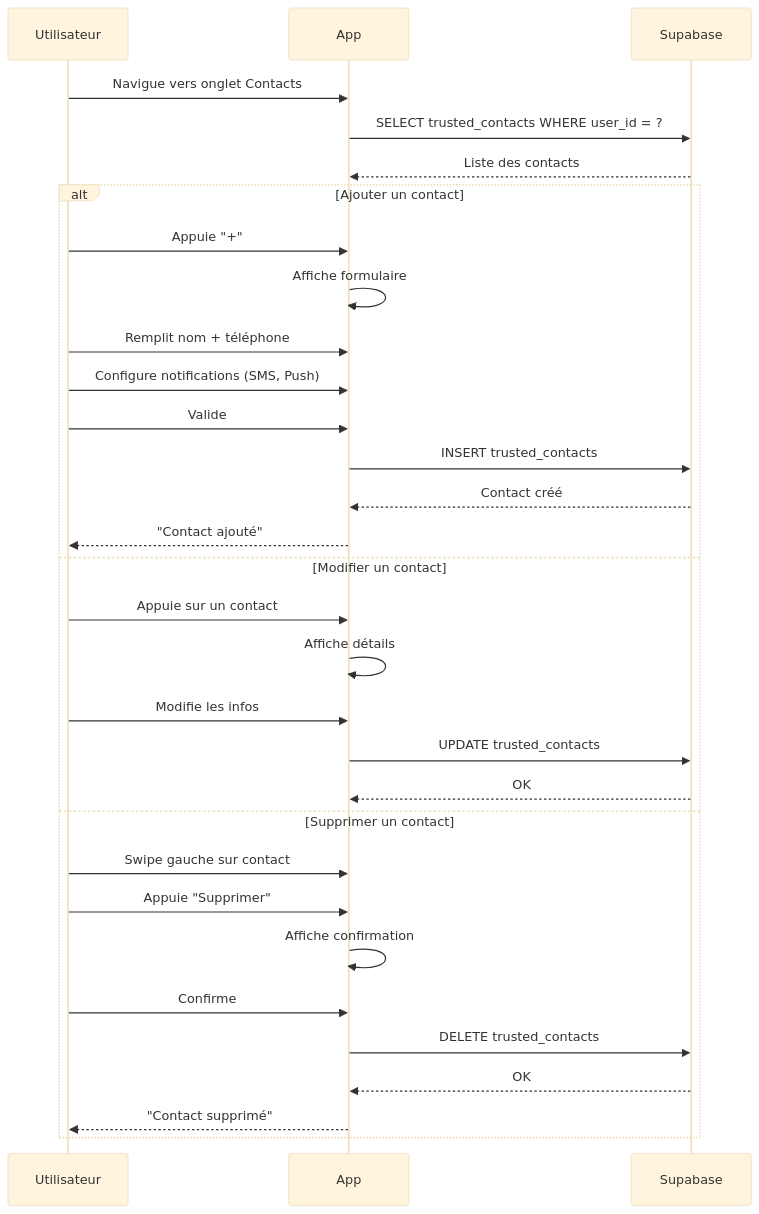
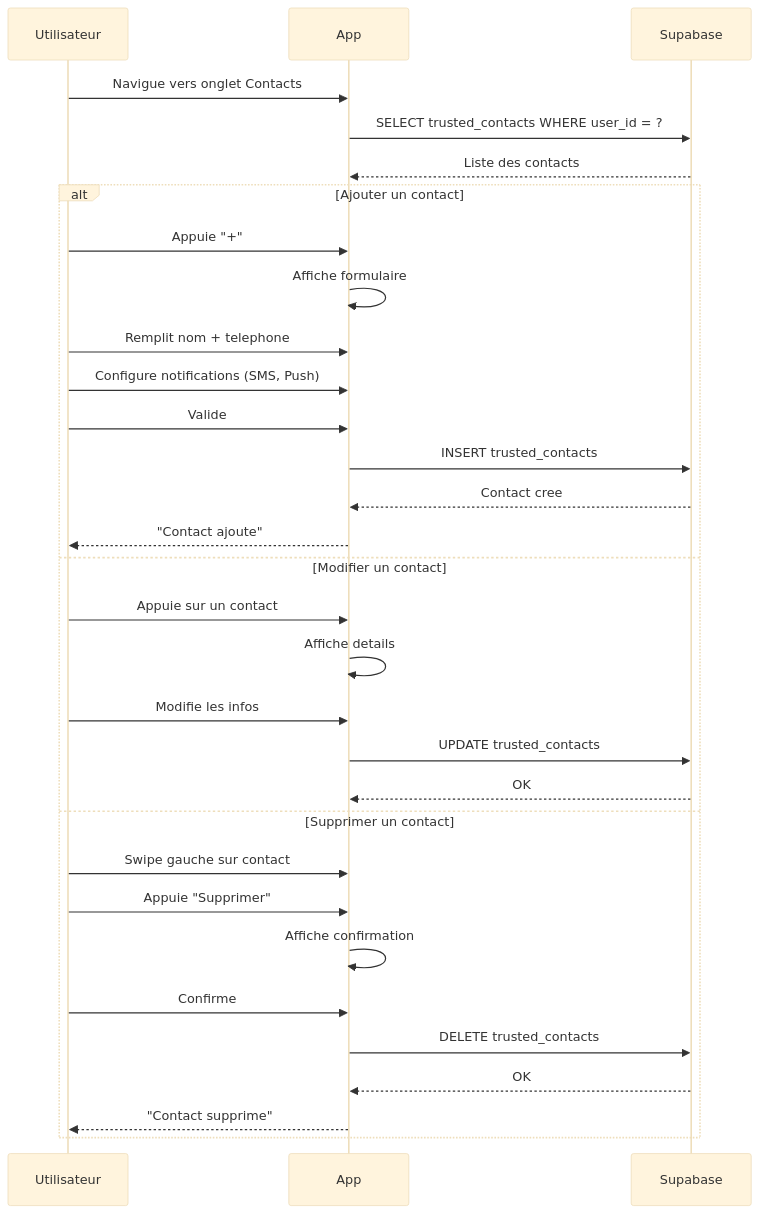
Before and after one commit to monjodav/Prudency: the seventh of 7 diagrams in docs/user-flows.md, drawn with Mermaid (base theme). The commit also changed other lines of this file and 55 other files, not shown here.

````diff
--- a/docs/user-flows.md
+++ b/docs/user-flows.md
@@ -233,35 +243,35 @@
 ```mermaid
 sequenceDiagram
     participant U as Utilisateur
     participant A as App
     participant S as Supabase
 
     U->>A: Navigue vers onglet Contacts
     A->>S: SELECT trusted_contacts WHERE user_id = ?
     S-->>A: Liste des contacts
 
     alt Ajouter un contact
         U->>A: Appuie "+"
         A->>A: Affiche formulaire
-        U->>A: Remplit nom + téléphone
+        U->>A: Remplit nom + telephone
         U->>A: Configure notifications (SMS, Push)
         U->>A: Valide
         A->>S: INSERT trusted_contacts
-        S-->>A: Contact créé
-        A-->>U: "Contact ajouté"
+        S-->>A: Contact cree
+        A-->>U: "Contact ajoute"
     else Modifier un contact
         U->>A: Appuie sur un contact
-        A->>A: Affiche détails
+        A->>A: Affiche details
         U->>A: Modifie les infos
         A->>S: UPDATE trusted_contacts
         S-->>A: OK
     else Supprimer un contact
         U->>A: Swipe gauche sur contact
         U->>A: Appuie "Supprimer"
         A->>A: Affiche confirmation
         U->>A: Confirme
         A->>S: DELETE trusted_contacts
         S-->>A: OK
-        A-->>U: "Contact supprimé"
+        A-->>U: "Contact supprime"
     end
 ```
````
